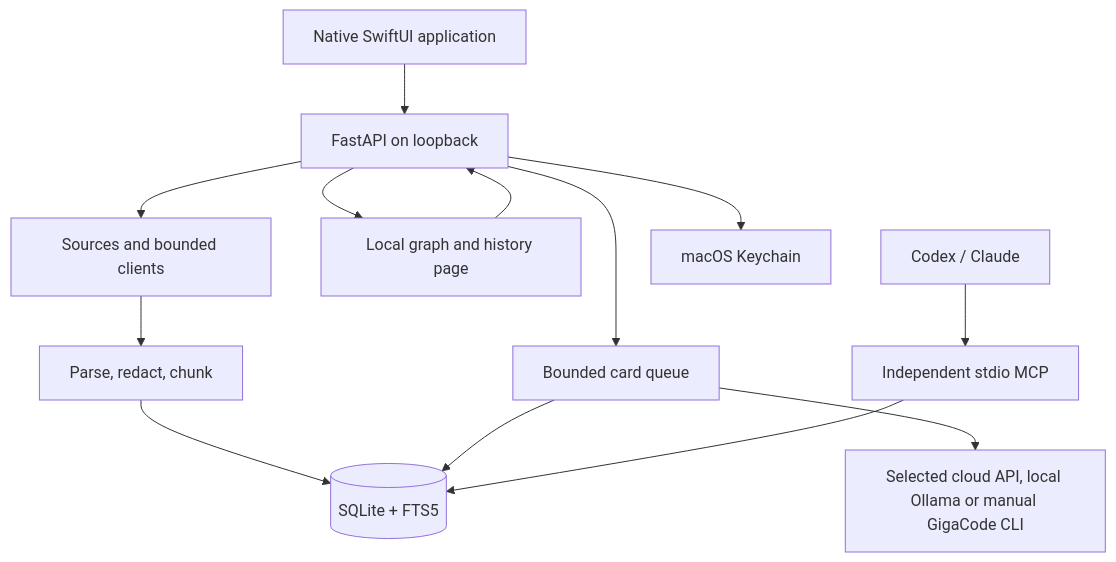
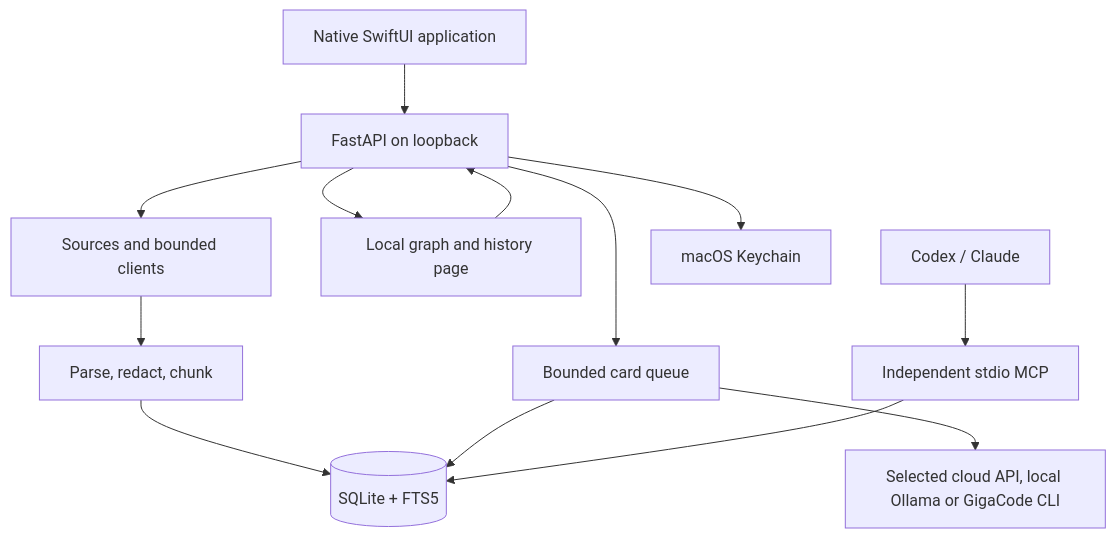
One commit to PandaTBE/second-brain changed the diagram in docs/architecture.en.md. Above: the diagram before and after it, drawn with Mermaid. The commit also changed other lines of this file and 32 other files, not shown here.

Commit message:
feat: release 0.3.2 with opt-in GigaCode automation

````diff
--- a/docs/architecture.en.md
+++ b/docs/architecture.en.md
@@ -7,15 +7,15 @@
 ```mermaid
 flowchart TD
     UI[Native SwiftUI application] --> API[FastAPI on loopback]
     API --> Sources[Sources and bounded clients]
     Sources --> Import[Parse, redact, chunk]
     Import --> DB[(SQLite + FTS5)]
     API --> Cards[Bounded card queue]
-    Cards --> LLM[Selected cloud API, local Ollama or manual GigaCode CLI]
+    Cards --> LLM[Selected cloud API, local Ollama or GigaCode CLI]
     Cards --> DB
     API --> Graph[Local graph and history page]
     Graph --> API
     MCP[Independent stdio MCP] --> DB
     Agents[Codex / Claude] --> MCP
     API --> Vault[macOS Keychain]
 ```
````
